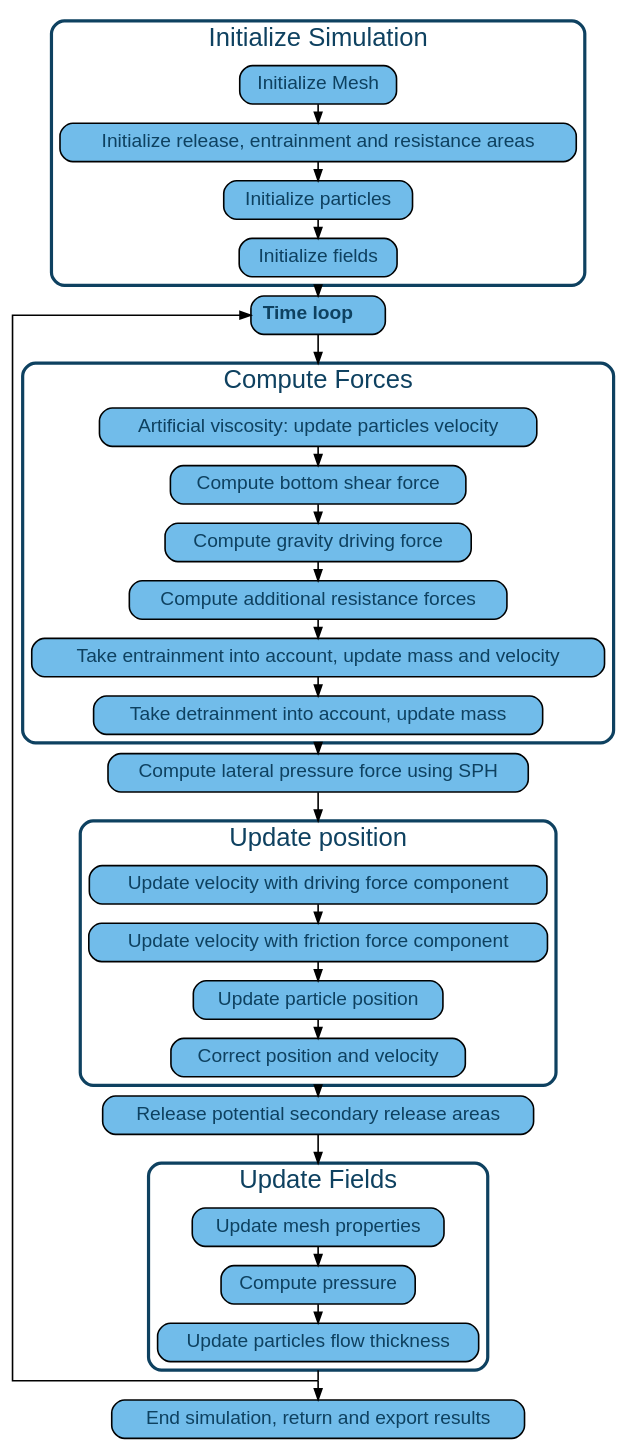
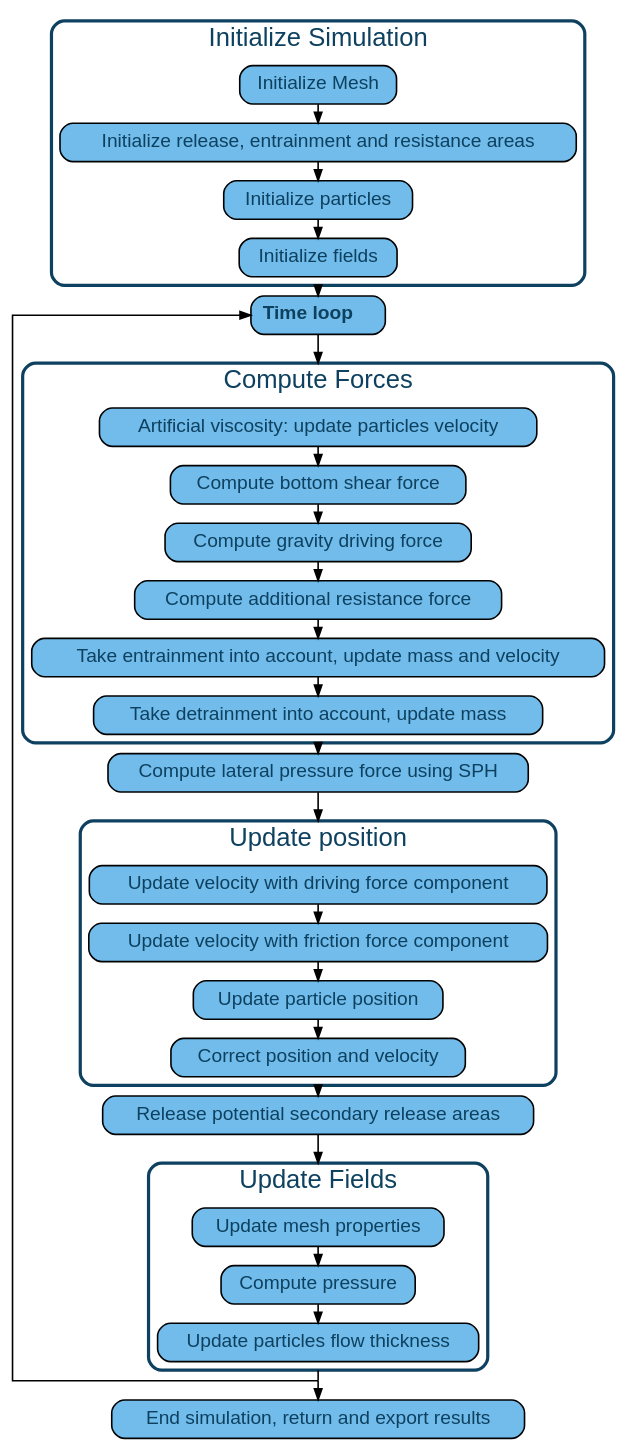
Before and after one commit to avaframe/AvaFrame: the diagram in docs/com1DFAAlgorithmGraph.dot, drawn with Graphviz. The commit also changed 5 other files, not shown here.

```diff
--- a/docs/com1DFAAlgorithmGraph.dot
+++ b/docs/com1DFAAlgorithmGraph.dot
@@ -1,150 +1,150 @@
 
 digraph "com1DFA algorithm graph" {
   /* compound=true; */
   newrank=true;
   size="100,100";
   rankdir="TB";
   graph [compound=true, ranksep=0.25, splines=ortho, fontname="helvetica", fontsize="24" fontcolor="#0E4160"];
   /* subgraph [compound=true, ranksep=0.5, splines=ortho, fontname="helvetica", fontsize="32" fontcolor="#0E4160"]; */
   node [shape=box style="rounded,filled" fontsize=18 fontcolor="#0E4160" fontname="helvetica" fillcolor="#51ADE5cf" penwidth=1.5];
   edge [fontname="helvetica", fontsize="14" penwidth=1.5];
 
   prepareMesh [label="Initialize Mesh", href="../com1DFAAlgorithm.html#initialize-mesh" tooltip="Go to: initialize mesh" target="_top"];
 
   prepareAreas [label= "Initialize release, entrainment and resistance areas",
   href="../com1DFAAlgorithm.html#initialize-release-entrainment-and-resistance-areas" tooltip="Go to: release... initialization" target="_top"];
 
   initializeParticles [label="Initialize particles", href="../com1DFAAlgorithm.html#initialize-particles" tooltip="Go to: particle initialization" target="_top"];
 
   initializeFields [label="Initialize fields", href="../com1DFAAlgorithm.html#initialize-fields" tooltip="Go to: Initialize fields" target="_top"];
 
   timeLoop [label=<
     <table border="0" cellborder="0" cellspacing="1">
      <tr><td align="left"><b>Time loop </b></td></tr>
     </table>>, href="../com1DFAAlgorithm.html#time-scheme-and-iterations" tooltip="Go to: Time scheme" target="_top"];
 
   endTimeLoop [width=0 shape=point label=""];
   intermediate0 [width=0 shape=point label=""];
   intermediate1 [width=0 shape=point label=""];
   intermediate2 [width=0 shape=point label=""];
 
 
   artifViscosity [label="Artificial viscosity: update particles velocity",
   href="../com1DFAAlgorithm.html#artificial-viscosity" tooltip="Go to: Artificial viscosity" target="_top"];
 
   computeFrictForce [label="Compute bottom shear force",
   href="../com1DFAAlgorithm.html#bottom-shear-force" tooltip="Go to: Bottom shear force" target="_top"];
 
   computeGravityForce [label="Compute gravity driving force",
   href="../com1DFAAlgorithm.html#compute-driving-force" tooltip="Go to: Gravity force" target="_top"];
 
-  computeResForce [label="Compute additional resistance forces",
+  computeResForce [label="Compute additional resistance force",
   href="../com1DFAAlgorithm.html#added-resistance-force" tooltip="Go to: Additional resistance" target="_top"];
 
   updateMassEntr [label="Take entrainment into account, update mass and velocity",
   href="../com1DFAAlgorithm.html#take-entrainment-into-account" tooltip="Go to: Add entrained mass" target="_top"];
 
   updateMassDetr [label="Take detrainment into account, update mass",
   href="../com1DFAAlgorithm.html#take-detrainment-into-account" tooltip="Go to: Add detrained mass" target="_top"];
 
   computeSPHForce [label="Compute lateral pressure force using SPH",
   href="../com1DFAAlgorithm.html#compute-lateral-pressure-forces" title="Go to: Add lateral pressure force" target="_top"];
 
   updateVelocityDrive [label="Update velocity with driving force component",
   href="../com1DFAAlgorithm.html#update-position" tooltip="Go to: Update Position" target="_top"];
 
   updateVelocityFrict [label="Update velocity with friction force component",
   href="../com1DFAAlgorithm.html#update-position" tooltip="Go to: Update Position" target="_top"];
 
   updatePartPos [label="Update particle position",
   href="../com1DFAAlgorithm.html#update-position" tooltip="Go to: Update Position" target="_top"];
 
   correctPartPos [label="Correct position and velocity",
   href="../com1DFAAlgorithm.html#correction-step" tooltip="Go to: Update Position" target="_top"];
 
   addSecRelease [label="Release potential secondary release areas",
   href="../com1DFAAlgorithm.html#add-secondary-release-area" tooltip="Go to: Secondary release" target="_top"];
 
   updateFields [label="Update mesh properties",
   href="../com1DFAAlgorithm.html#update-fields" tooltip="Go to: Update fields" target="_top"];
 
   computePressure [label="Compute pressure",
   href="../com1DFAAlgorithm.html#update-fields" tooltip="Go to: Compute Pressure" target="_top"];
 
   updateParticlesFlowThickness [label="Update particles flow thickness",
   href="../com1DFAAlgorithm.html#update-fields" tooltip="Go to: Update fields" target="_top"];
 
   endSimulation [label="End simulation, return and export results",
   href="../com1DFAAlgorithm.html#simulation-outputs" tooltip="Go to: Simulation outputs" target="_top"];
 
 
   initializeFields -> timeLoop [weight=10,ltail=cluster_initialization];
   timeLoop -> intermediate0 [weight=10, arrowhead=none];
   intermediate0 -> artifViscosity [weight=10,lhead=cluster_Forces];
   updateMassDetr -> computeSPHForce [weight=10, ltail=cluster_Forces];
   computeSPHForce -> intermediate1 [weight=10, arrowhead=none];
   intermediate1 -> updateVelocityDrive [weight=10,lhead=cluster_2];
   correctPartPos -> addSecRelease [weight=10,ltail=cluster_2];
   addSecRelease -> intermediate2 [weight=10, arrowhead=none];
   intermediate2 -> updateFields [weight=10,lhead=cluster_3];
   updateParticlesFlowThickness -> endTimeLoop [weight=10,ltail=cluster_3, arrowhead=none];
   endTimeLoop -> endSimulation [weight=10];
   endTimeLoop -> timeLoop [weight=1, constraint=false];
 
 
   /* prepareMesh -> timeLoop [weight=10,ltail=cluster_initialization];
   timeLoop -> artifViscosity [weight=10,lhead=cluster_Forces];
   artifViscosity -> computeSPHForce [weight=10, ltail=cluster_Forces];
   computeSPHForce -> updateVelocityDrive [weight=10,lhead=cluster_2];
   updateVelocityDrive -> addSecRelease [weight=10,ltail=cluster_2];
   addSecRelease -> updateFields [weight=10,lhead=cluster_3];
   updateFields -> endTimeLoop [weight=10,ltail=cluster_3, arrowhead=none];
   endTimeLoop -> endSimulation [weight=10];
   endTimeLoop -> timeLoop [weight=1, constraint=false]; */
 
   subgraph cluster_initialization {
     /* rank=same; */
     style="rounded";
     color="#0E4160";
     penwidth=3;
     prepareMesh -> prepareAreas[weight=10];
     prepareAreas -> initializeParticles[weight=10];
     initializeParticles -> initializeFields[weight=10];
     label = "Initialize Simulation";
   }
 
   subgraph cluster_Forces {
     /* rank=same; */
     style="rounded";
     color="#0E4160";
     penwidth=3;
     artifViscosity -> computeFrictForce[weight=10];
     computeFrictForce -> computeGravityForce[weight=10];
     computeGravityForce -> computeResForce[weight=10];
     computeResForce -> updateMassEntr[weight=10];
     updateMassEntr -> updateMassDetr[weight=10];
     label = "Compute Forces";
   }
 
   subgraph cluster_2 {
     /* rank=same; */
     updateVelocityDrive -> updateVelocityFrict [weight=10];
     updateVelocityFrict -> updatePartPos [weight=10];
     updatePartPos -> correctPartPos [weight=10];
     href="../com1DFAAlgorithm.html#update-position" tooltip="Go to: Update Position" target="_top"
     label = "Update position";
     style="rounded";
     color="#0E4160";
     penwidth=3;
   }
   subgraph cluster_3 {
     /* rank=same; */
     updateFields -> computePressure [weight=10];
     computePressure -> updateParticlesFlowThickness [weight=10];
     label = "Update Fields";
     style="rounded";
     color="#0E4160";
     penwidth=3;
   }
 
    }
```
